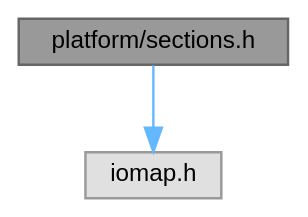
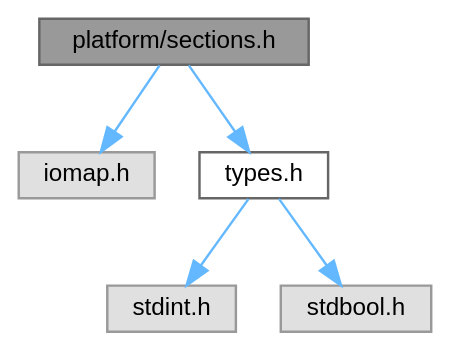
One commit to ebs-universe/piolib-platform changed the diagram in sections_8h__incl.dot. Above: the diagram before and after it, drawn with Graphviz. The commit also changed 95 other files, not shown here.

```diff
--- a/sections_8h__incl.dot
+++ b/sections_8h__incl.dot
@@ -1,11 +1,17 @@
 digraph "platform/sections.h"
 {
  // INTERACTIVE_SVG=YES
  // LATEX_PDF_SIZE
   bgcolor="transparent";
   edge [fontname=Helvetica,fontsize=10,labelfontname=Helvetica,labelfontsize=10];
   node [fontname=Helvetica,fontsize=10,shape=box,height=0.2,width=0.4];
   Node1 [id="Node000001",label="platform/sections.h",height=0.2,width=0.4,color="gray40", fillcolor="grey60", style="filled", fontcolor="black",tooltip=" "];
   Node1 -> Node2 [id="edge1_Node000001_Node000002",color="steelblue1",style="solid",tooltip=" "];
   Node2 [id="Node000002",label="iomap.h",height=0.2,width=0.4,color="grey60", fillcolor="#E0E0E0", style="filled",tooltip=" "];
+  Node1 -> Node3 [id="edge2_Node000001_Node000003",color="steelblue1",style="solid",tooltip=" "];
+  Node3 [id="Node000003",label="types.h",height=0.2,width=0.4,color="grey40", fillcolor="white", style="filled",URL="$types_8h.html",tooltip=" "];
+  Node3 -> Node4 [id="edge3_Node000003_Node000004",color="steelblue1",style="solid",tooltip=" "];
+  Node4 [id="Node000004",label="stdint.h",height=0.2,width=0.4,color="grey60", fillcolor="#E0E0E0", style="filled",tooltip=" "];
+  Node3 -> Node5 [id="edge4_Node000003_Node000005",color="steelblue1",style="solid",tooltip=" "];
+  Node5 [id="Node000005",label="stdbool.h",height=0.2,width=0.4,color="grey60", fillcolor="#E0E0E0", style="filled",tooltip=" "];
 }
```
